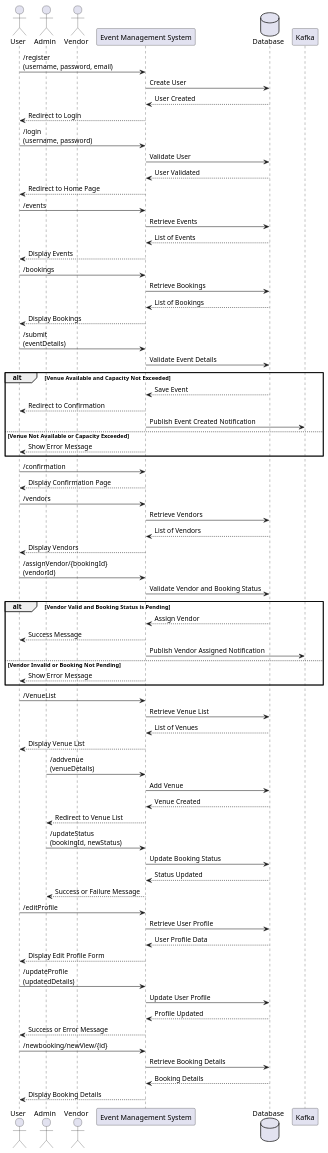
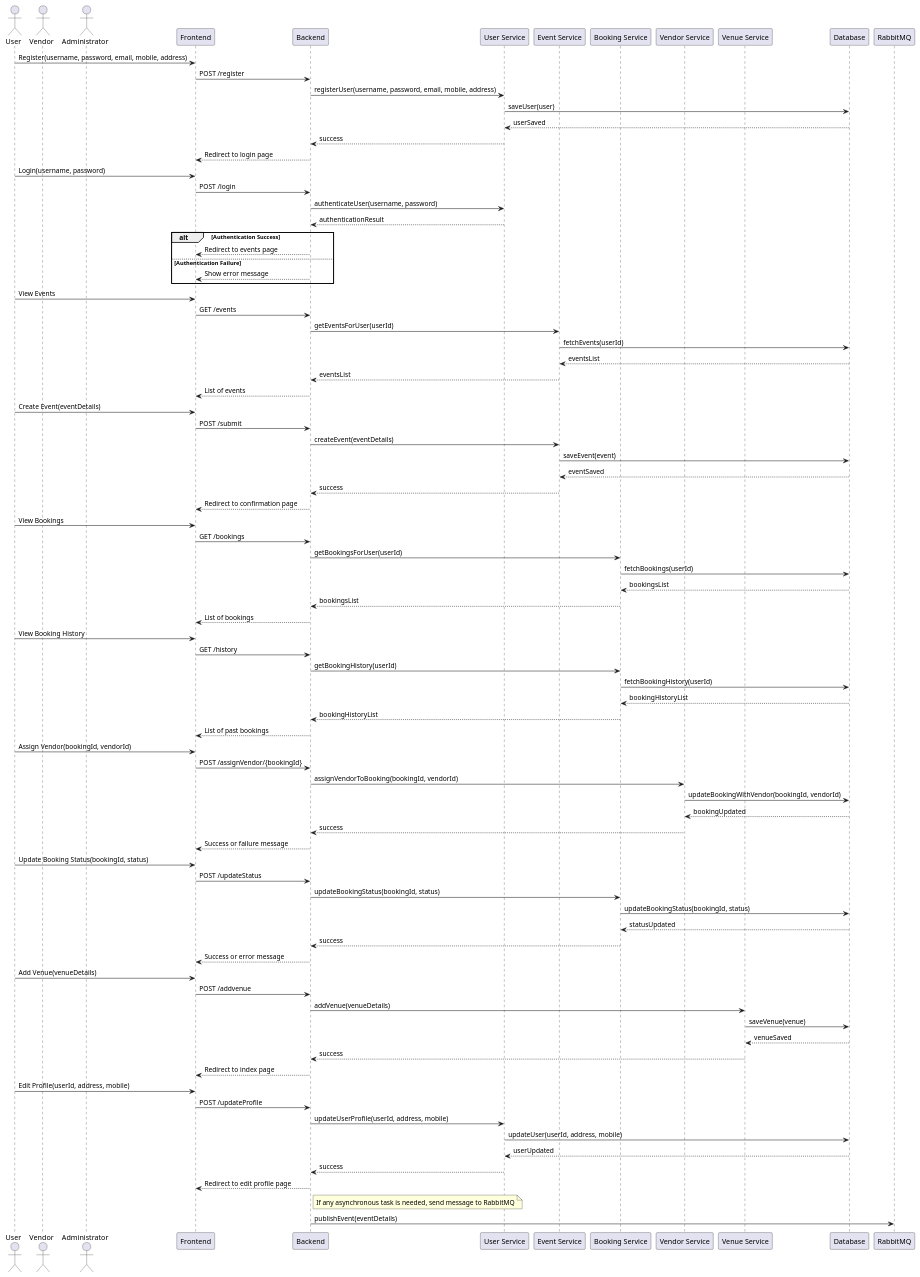
The diagram in design_document/Capstone-project.md (chandrakiran428/Capstone-project), drawn with PlantUML before and after one commit. The commit also changed other lines of this file, not shown here.

````diff
--- a/design_document/Capstone-project.md
+++ b/design_document/Capstone-project.md
@@ -39,90 +51,102 @@
 ```plantuml
 @startuml
+actor User
+actor Vendor
+actor Administrator
+participant "Frontend" as Frontend
+participant "Backend" as Backend
+participant "User Service" as UserService
+participant "Event Service" as EventService
+participant "Booking Service" as BookingService
+participant "Vendor Service" as VendorService
+participant "Venue Service" as VenueService
+participant "Database" as Database
+participant "RabbitMQ" as MessagingSystem
 
-actor User
-actor Admin
-actor Vendor
-participant "Event Management System" as System
-database "Database" as DB
-participant "Kafka" as Kafka
+User -> Frontend: Register(username, password, email, mobile, address)
+Frontend -> Backend: POST /register
+Backend -> UserService: registerUser(username, password, email, mobile, address)
+UserService -> Database: saveUser(user)
+Database --> UserService: userSaved
+UserService --> Backend: success
+Backend --> Frontend: Redirect to login page
 
-User -> System : /register\n(username, password, email)
-System -> DB : Create User
-DB --> System : User Created
-System --> User : Redirect to Login
-
-User -> System : /login\n(username, password)
-System -> DB : Validate User
-DB --> System : User Validated
-System --> User : Redirect to Home Page
-
-User -> System : /events
-System -> DB : Retrieve Events
-DB --> System : List of Events
-System --> User : Display Events
-
-User -> System : /bookings
-System -> DB : Retrieve Bookings
-DB --> System : List of Bookings
-System --> User : Display Bookings
-
-User -> System : /submit\n(eventDetails)
-System -> DB : Validate Event Details
-alt Venue Available and Capacity Not Exceeded
-    DB --> System : Save Event
-    System --> User : Redirect to Confirmation
-    System -> Kafka : Publish Event Created Notification
-else Venue Not Available or Capacity Exceeded
-    System --> User : Show Error Message
+User -> Frontend: Login(username, password)
+Frontend -> Backend: POST /login
+Backend -> UserService: authenticateUser(username, password)
+UserService --> Backend: authenticationResult
+alt Authentication Success
+    Backend --> Frontend: Redirect to events page
+else Authentication Failure
+    Backend --> Frontend: Show error message
 end
 
-User -> System : /confirmation
-System --> User : Display Confirmation Page
+User -> Frontend: View Events
+Frontend -> Backend: GET /events
+Backend -> EventService: getEventsForUser(userId)
+EventService -> Database: fetchEvents(userId)
+Database --> EventService: eventsList
+EventService --> Backend: eventsList
+Backend --> Frontend: List of events
 
-User -> System : /vendors
-System -> DB : Retrieve Vendors
-DB --> System : List of Vendors
-System --> User : Display Vendors
+User -> Frontend: Create Event(eventDetails)
+Frontend -> Backend: POST /submit
+Backend -> EventService: createEvent(eventDetails)
+EventService -> Database: saveEvent(event)
+Database --> EventService: eventSaved
+EventService --> Backend: success
+Backend --> Frontend: Redirect to confirmation page
 
-User -> System : /assignVendor/{bookingId}\n(vendorId)
-System -> DB : Validate Vendor and Booking Status
-alt Vendor Valid and Booking Status is Pending
-    DB --> System : Assign Vendor
-    System --> User : Success Message
-    System -> Kafka : Publish Vendor Assigned Notification
-else Vendor Invalid or Booking Not Pending
-    System --> User : Show Error Message
-end
+User -> Frontend: View Bookings
+Frontend -> Backend: GET /bookings
+Backend -> BookingService: getBookingsForUser(userId)
+BookingService -> Database: fetchBookings(userId)
+Database --> BookingService: bookingsList
+BookingService --> Backend: bookingsList
+Backend --> Frontend: List of bookings
 
-User -> System : /VenueList
-System -> DB : Retrieve Venue List
-DB --> System : List of Venues
-System --> User : Display Venue List
+User -> Frontend: View Booking History
+Frontend -> Backend: GET /history
+Backend -> BookingService: getBookingHistory(userId)
+BookingService -> Database: fetchBookingHistory(userId)
+Database --> BookingService: bookingHistoryList
+BookingService --> Backend: bookingHistoryList
+Backend --> Frontend: List of past bookings
 
-Admin -> System : /addvenue\n(venueDetails)
-System -> DB : Add Venue
-DB --> System : Venue Created
-System --> Admin : Redirect to Venue List
+User -> Frontend: Assign Vendor(bookingId, vendorId)
+Frontend -> Backend: POST /assignVendor/{bookingId}
+Backend -> VendorService: assignVendorToBooking(bookingId, vendorId)
+VendorService -> Database: updateBookingWithVendor(bookingId, vendorId)
+Database --> VendorService: bookingUpdated
+VendorService --> Backend: success
+Backend --> Frontend: Success or failure message
 
-Admin -> System : /updateStatus\n(bookingId, newStatus)
-System -> DB : Update Booking Status
-DB --> System : Status Updated
-System --> Admin : Success or Failure Message
+User -> Frontend: Update Booking Status(bookingId, status)
+Frontend -> Backend: POST /updateStatus
+Backend -> BookingService: updateBookingStatus(bookingId, status)
+BookingService -> Database: updateBookingStatus(bookingId, status)
+Database --> BookingService: statusUpdated
+BookingService --> Backend: success
+Backend --> Frontend: Success or error message
 
-User -> System : /editProfile
-System -> DB : Retrieve User Profile
-DB --> System : User Profile Data
-System --> User : Display Edit Profile Form
+User -> Frontend: Add Venue(venueDetails)
+Frontend -> Backend: POST /addvenue
+Backend -> VenueService: addVenue(venueDetails)
+VenueService -> Database: saveVenue(venue)
+Database --> VenueService: venueSaved
+VenueService --> Backend: success
+Backend --> Frontend: Redirect to index page
 
-User -> System : /updateProfile\n(updatedDetails)
-System -> DB : Update User Profile
-DB --> System : Profile Updated
-System --> User : Success or Error Message
+User -> Frontend: Edit Profile(userId, address, mobile)
+Frontend -> Backend: POST /updateProfile
+Backend -> UserService: updateUserProfile(userId, address, mobile)
+UserService -> Database: updateUser(userId, address, mobile)
+Database --> UserService: userUpdated
+UserService --> Backend: success
+Backend --> Frontend: Redirect to edit profile page
 
-User -> System : /newbooking/newView/{id}
-System -> DB : Retrieve Booking Details
-DB --> System : Booking Details
-System --> User : Display Booking Details
+note right of Backend: If any asynchronous task is needed, send message to RabbitMQ
+Backend -> MessagingSystem: publishEvent(eventDetails)
 
 @enduml
 ```
````
